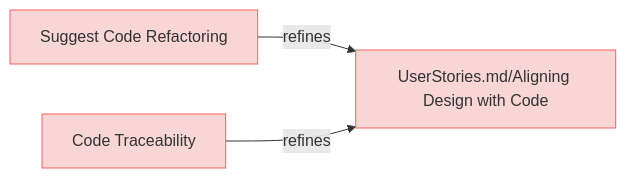
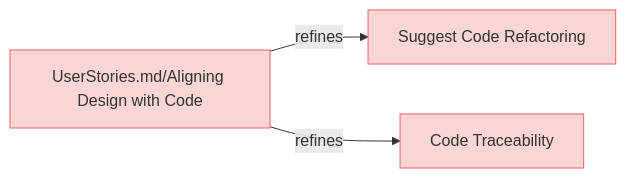
The second of 9 diagrams in specifications/UserRequirements.md (reqvire-org/reqvire), drawn with Mermaid before and after one commit. The commit also changed other lines of this file and 20 other files, not shown here.

````diff
--- a/specifications/UserRequirements.md
+++ b/specifications/UserRequirements.md
@@ -107,20 +107,20 @@
 ```mermaid
 graph LR;
   %% Graph styling
   classDef requirement fill:#f9d6d6,stroke:#f55f5f,stroke-width:1px;
   classDef verification fill:#d6f9d6,stroke:#5fd75f,stroke-width:1px;
   classDef externalLink fill:#d0e0ff,stroke:#3080ff,stroke-width:1px;
   classDef default fill:#f5f5f5,stroke:#333333,stroke-width:1px;
 
   43dbd0667720212c["Suggest Code Refactoring"];
-  click 43dbd0667720212c "https://github.com/Reqvire/reqvire/blob/30536324899084e88969175e3613c971ffa6e108/specifications/UserRequirements.md#suggest-code-refactoring";
+  click 43dbd0667720212c "https://github.com/Reqvire/reqvire/blob/667635d4628fed400323f7df3689af2dbc2ad666/specifications/UserRequirements.md#suggest-code-refactoring";
   class 43dbd0667720212c requirement;
   a9bc74070fc71e6d["UserStories.md/Aligning Design with Code"];
   class a9bc74070fc71e6d requirement;
-  click a9bc74070fc71e6d "https://github.com/Reqvire/reqvire/blob/30536324899084e88969175e3613c971ffa6e108/specifications/UserStories.md#aligning-design-with-code";
-  43dbd0667720212c -->|refines| a9bc74070fc71e6d;
+  click a9bc74070fc71e6d "https://github.com/Reqvire/reqvire/blob/667635d4628fed400323f7df3689af2dbc2ad666/specifications/UserStories.md#aligning-design-with-code";
+  a9bc74070fc71e6d -->|refines| 43dbd0667720212c;
   8c02a4fb740392b["Code Traceability"];
-  click 8c02a4fb740392b "https://github.com/Reqvire/reqvire/blob/30536324899084e88969175e3613c971ffa6e108/specifications/UserRequirements.md#code-traceability";
+  click 8c02a4fb740392b "https://github.com/Reqvire/reqvire/blob/667635d4628fed400323f7df3689af2dbc2ad666/specifications/UserRequirements.md#code-traceability";
   class 8c02a4fb740392b requirement;
-  8c02a4fb740392b -->|refines| a9bc74070fc71e6d;
+  a9bc74070fc71e6d -->|refines| 8c02a4fb740392b;
 ```
````
